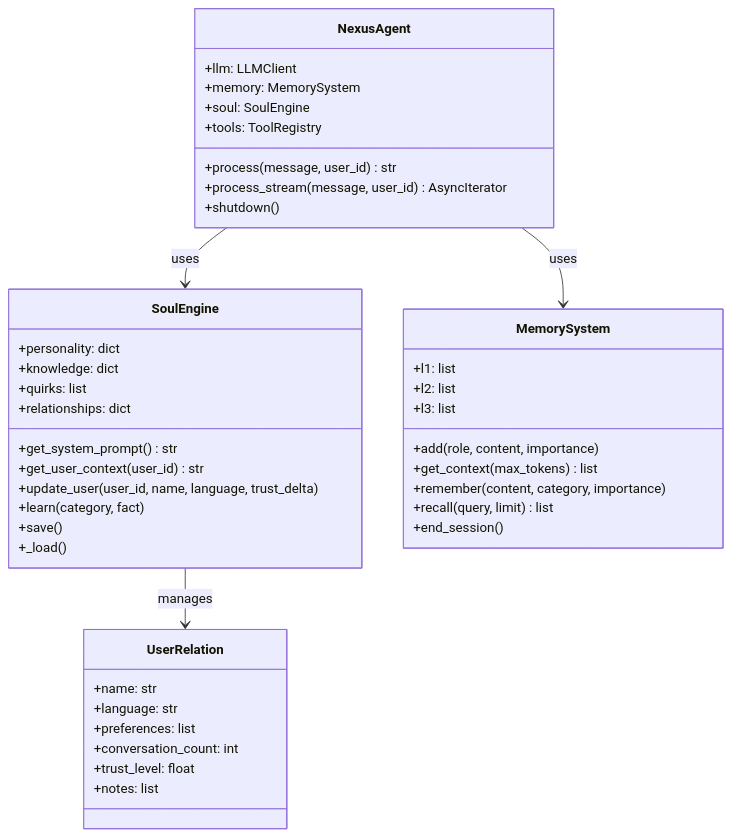
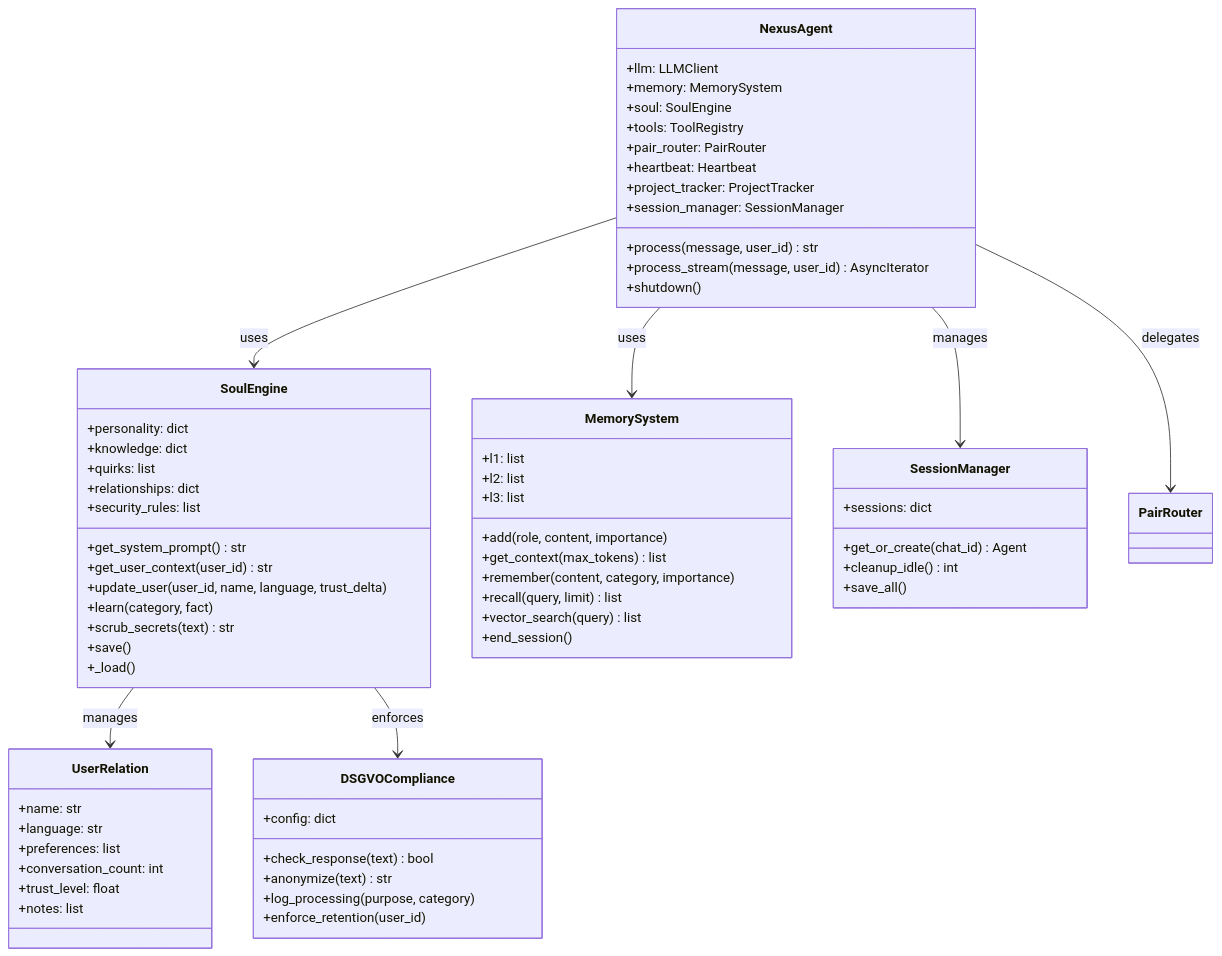
The fifth of 5 diagrams in README.md (TitoPrausee/nexus-toti), drawn with Mermaid before and after one commit. The commit also changed other lines of this file and 2 other files, not shown here.

Commit message:
docs: update diagrams and architecture to v9 — 6-agent team, cloud-only, DSGVO, heartbeat, session manager

````diff
--- a/README.md
+++ b/README.md
@@ -192,49 +229,74 @@
 ```mermaid
 classDiagram
     class SoulEngine {
         +personality: dict
         +knowledge: dict
         +quirks: list
         +relationships: dict
+        +security_rules: list
         +get_system_prompt() str
         +get_user_context(user_id) str
         +update_user(user_id, name, language, trust_delta)
         +learn(category, fact)
+        +scrub_secrets(text) str
         +save()
         +_load()
+    }
+
+    class DSGVOCompliance {
+        +config: dict
+        +check_response(text) bool
+        +anonymize(text) str
+        +log_processing(purpose, category)
+        +enforce_retention(user_id)
     }
 
     class UserRelation {
         +name: str
         +language: str
         +preferences: list
         +conversation_count: int
         +trust_level: float
         +notes: list
     }
 
     class MemorySystem {
         +l1: list
         +l2: list
         +l3: list
         +add(role, content, importance)
         +get_context(max_tokens) list
         +remember(content, category, importance)
         +recall(query, limit) list
+        +vector_search(query) list
         +end_session()
+    }
+
+    class SessionManager {
+        +sessions: dict
+        +get_or_create(chat_id) Agent
+        +cleanup_idle() int
+        +save_all()
     }
 
     class NexusAgent {
         +llm: LLMClient
         +memory: MemorySystem
         +soul: SoulEngine
         +tools: ToolRegistry
+        +pair_router: PairRouter
+        +heartbeat: Heartbeat
+        +project_tracker: ProjectTracker
+        +session_manager: SessionManager
         +process(message, user_id) str
         +process_stream(message, user_id) AsyncIterator
         +shutdown()
     }
 
     NexusAgent --> SoulEngine : uses
     NexusAgent --> MemorySystem : uses
+    NexusAgent --> PairRouter : delegates
+    NexusAgent --> SessionManager : manages
     SoulEngine --> UserRelation : manages
+    SoulEngine --> DSGVOCompliance : enforces
 ```
````
